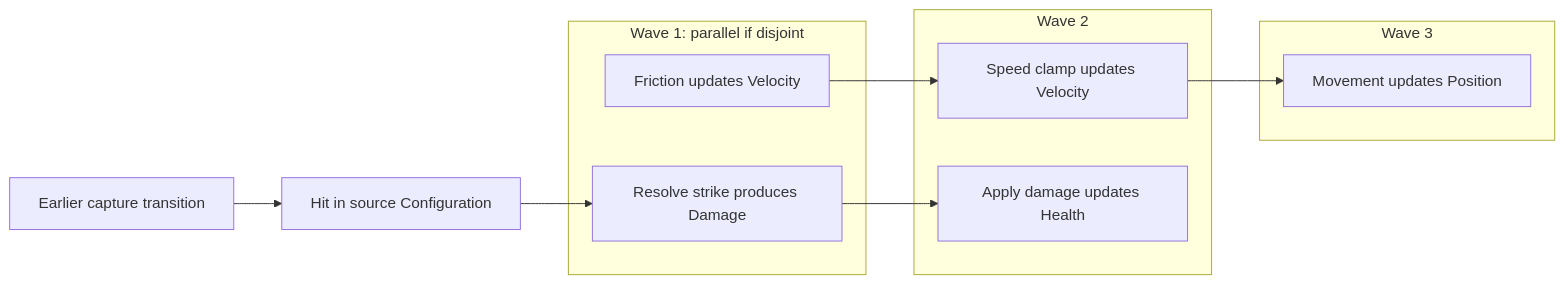
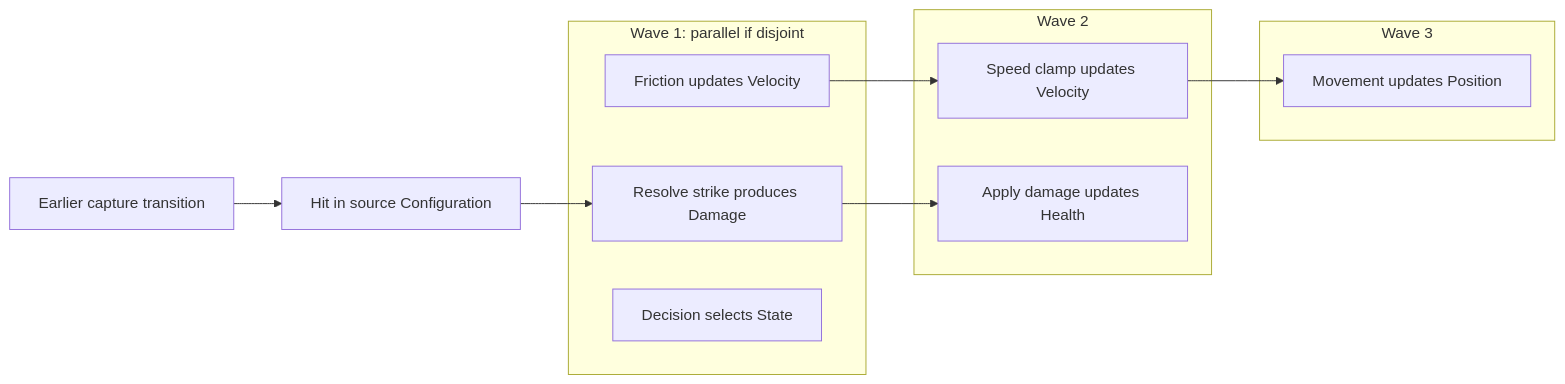
The fifth of 6 diagrams in src/content/articles/another-way-to-think-about-game-architecture.md (fm39hz/fm39hz-blogs), drawn with Mermaid before and after one commit. The commit also changed other lines of this file and 2 other files, not shown here.

````diff
--- a/src/content/articles/another-way-to-think-about-game-architecture.md
+++ b/src/content/articles/another-way-to-think-about-game-architecture.md
@@ -442,23 +441,24 @@
 ```mermaid
 flowchart LR
     Capture["Earlier capture transition"]
     Hit["Hit in source Configuration"]
 
     subgraph W1["Wave 1: parallel if disjoint"]
         Friction["Friction updates Velocity"]
         Strike["Resolve strike produces Damage"]
+        Decision["Decision selects State"]
     end
     subgraph W2["Wave 2"]
         Clamp["Speed clamp updates Velocity"]
         Health["Apply damage updates Health"]
     end
     subgraph W3["Wave 3"]
         Move["Movement updates Position"]
     end
 
     Capture --> Hit
     Hit --> Strike
     Friction --> Clamp
     Clamp --> Move
     Strike --> Health
 ```
````
